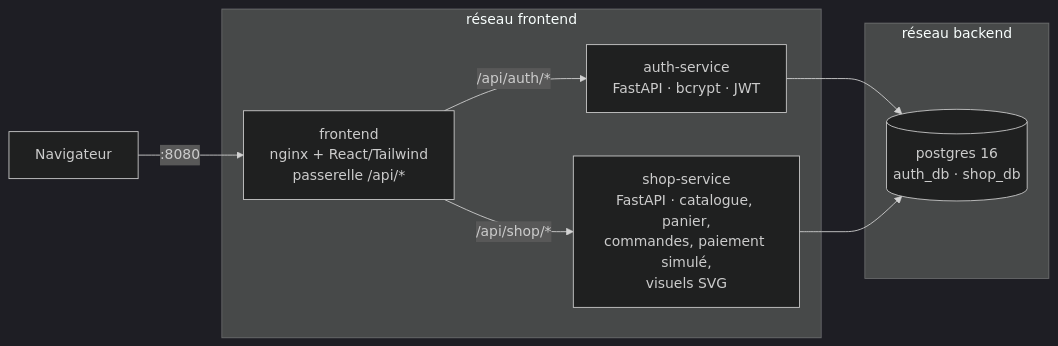
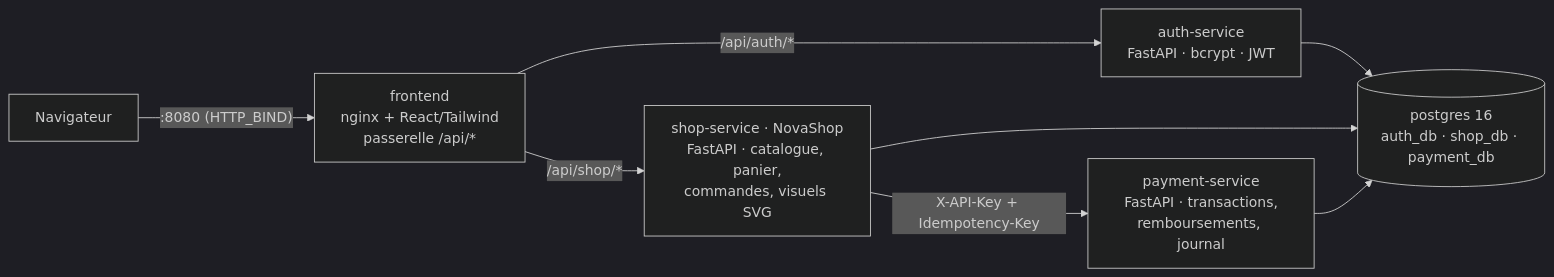
One commit to redarcepsi/workshop-novashop changed the diagram in README.md. Above: the diagram before and after it, drawn with Mermaid (dark theme). The commit also changed other lines of this file and 29 other files, not shown here.

````diff
--- a/README.md
+++ b/README.md
@@ -24,19 +30,17 @@
 ```mermaid
 flowchart LR
-    U[Navigateur] -->|:8080| F
+    U[Navigateur] -->|":8080 (HTTP_BIND)"| F
 
-    subgraph net_front [réseau frontend]
-        F[frontend<br/>nginx + React/Tailwind<br/>passerelle /api/*]
-        A[auth-service<br/>FastAPI · bcrypt · JWT]
-        S[shop-service<br/>FastAPI · catalogue, panier,<br/>commandes, paiement simulé,<br/>visuels SVG]
-    end
-
-    subgraph net_back [réseau backend]
-        DB[(postgres 16<br/>auth_db · shop_db)]
-    end
+    F[frontend<br/>nginx + React/Tailwind<br/>passerelle /api/*]
+    A[auth-service<br/>FastAPI · bcrypt · JWT]
+    S[shop-service · NovaShop<br/>FastAPI · catalogue, panier,<br/>commandes, visuels SVG]
+    P[payment-service<br/>FastAPI · transactions,<br/>remboursements, journal]
+    DB[(postgres 16<br/>auth_db · shop_db · payment_db)]
 
     F -->|/api/auth/*| A
     F -->|/api/shop/*| S
+    S -->|"X-API-Key + Idempotency-Key"| P
     A --> DB
     S --> DB
+    P --> DB
 ```
````
